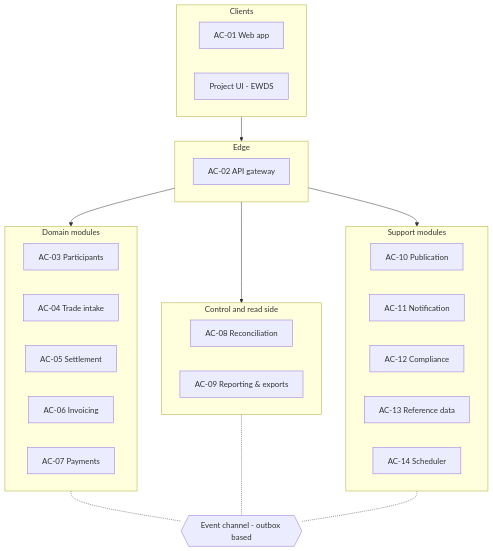
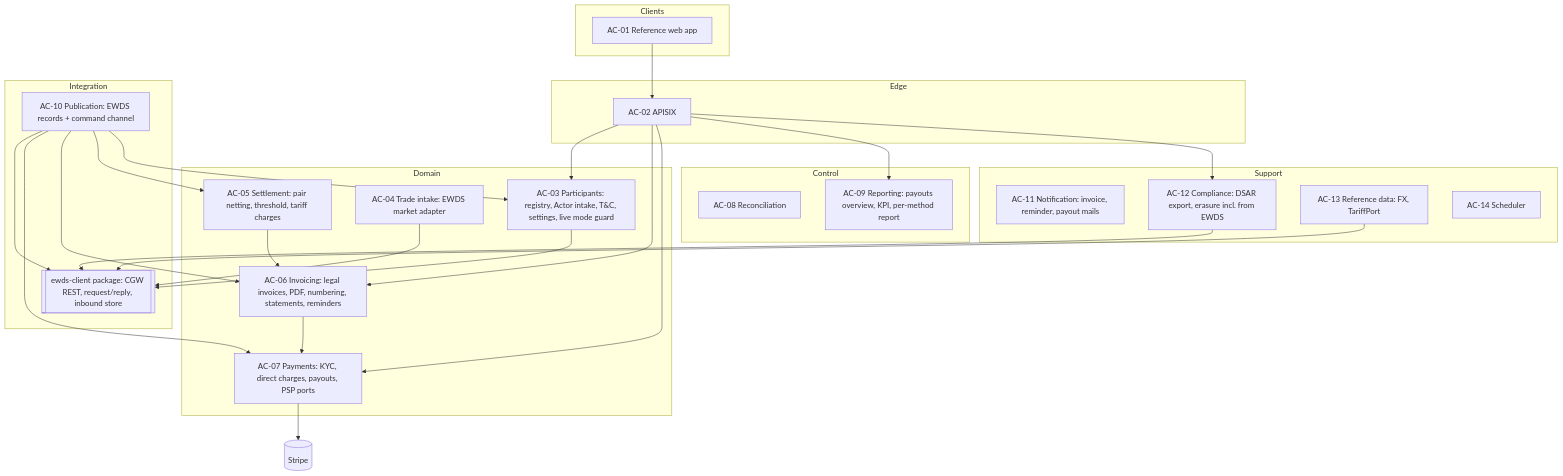
Before and after one commit to blooo-io/intelligent-eu-bps-source: the first of 7 diagrams in docs/architecture/03-application-architecture.md, drawn with Mermaid. The commit also changed other lines of this file and 282 other files, not shown here.

````diff
--- a/docs/architecture/03-application-architecture.md
+++ b/docs/architecture/03-application-architecture.md
@@ -56,36 +58,40 @@
 ```mermaid
 %% elk %%
 flowchart TB
   subgraph Clients
-    WEB[AC-01 Web app]
-    RM[Project UI - EWDS]
+    WEB[AC-01 Reference web app]
   end
   subgraph Edge
-    GW[AC-02 API gateway]
+    GW[AC-02 APISIX]
   end
-  subgraph Domain[Domain modules]
-    PART[AC-03 Participants]
-    TIN[AC-04 Trade intake]
-    SET[AC-05 Settlement]
-    INV[AC-06 Invoicing]
-    PAY[AC-07 Payments]
+  subgraph Domain
+    PART[AC-03 Participants: registry, Actor intake, T&C, settings, live mode guard]
+    TIN[AC-04 Trade intake: EWDS market adapter]
+    SET[AC-05 Settlement: pair netting, threshold, tariff charges]
+    INV[AC-06 Invoicing: legal invoices, PDF, numbering, statements, reminders]
+    PAY[AC-07 Payments: KYC, direct charges, payouts, PSP ports]
   end
-  subgraph Control[Control and read side]
+  subgraph Control
     REC[AC-08 Reconciliation]
-    RPT[AC-09 Reporting & exports]
+    RPT[AC-09 Reporting: payouts overview, KPI, per-method report]
   end
-  subgraph Support[Support modules]
-    PUB[AC-10 Publication]
-    NOT[AC-11 Notification]
-    CMP[AC-12 Compliance]
-    REF[AC-13 Reference data]
-    JOB[AC-14 Scheduler]
+  subgraph Integration
+    PUB[AC-10 Publication: EWDS records + command channel]
+    EWC[[ewds-client package: CGW REST, request/reply, inbound store]]
   end
-  Clients --> Edge --> Domain
-  Edge --> Control
-  Edge --> Support
-  BUS{{Event channel - outbox based}}
-  Domain -.- BUS
-  Control -.- BUS
-  Support -.- BUS
+  subgraph Support
+    NOT[AC-11 Notification: invoice, reminder, payout mails]
+    CMP[AC-12 Compliance: DSAR export, erasure incl. from EWDS]
+    REF[AC-13 Reference data: FX, TariffPort]
+    SCH[AC-14 Scheduler]
+  end
+  WEB --> GW --> PART & INV & PAY & RPT & CMP
+  TIN --> EWC
+  PUB --> EWC
+  PART --> EWC
+  CMP --> EWC
+  REF --> EWC
+  PUB --> PAY & INV & SET & PART
+  SET --> INV --> PAY
+  PAY --> STRIPE[(Stripe)]
 ```
````
